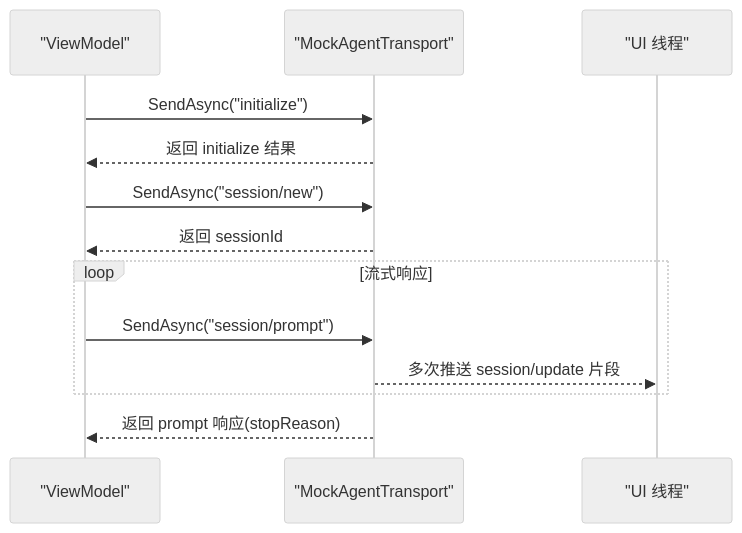
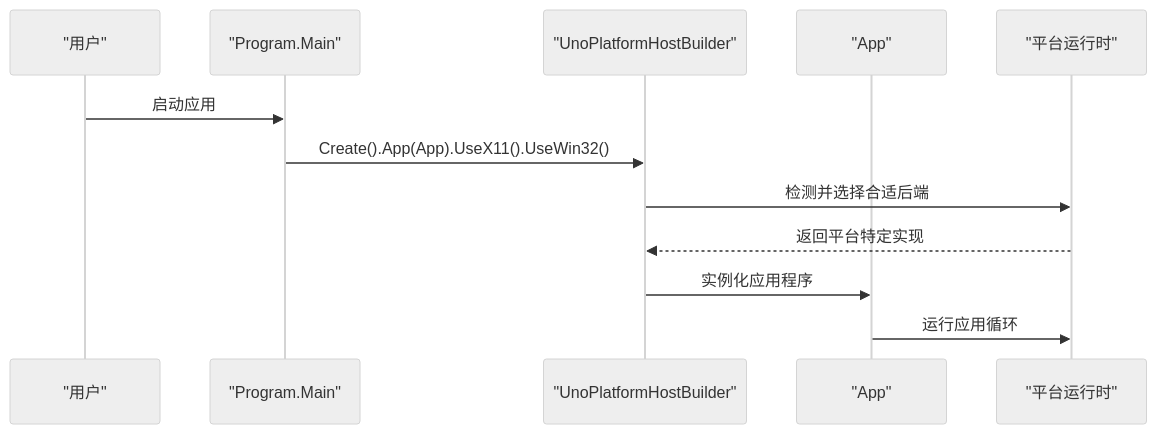
The fourth of 5 diagrams in .qoder/repowiki/zh/content/开发指南/环境搭建.md (AgenticDesktop/App), drawn with Mermaid (neutral theme) before and after one commit. The commit also changed other lines of this file and 108 other files, not shown here.

First line of the commit message:
Add support for Uno Desktop and WinUI 3 build scripts

````diff
--- a/.qoder/repowiki/zh/content/开发指南/环境搭建.md
+++ b/.qoder/repowiki/zh/content/开发指南/环境搭建.md
@@ -203,15 +247,14 @@
 ```mermaid
 sequenceDiagram
-participant VM as "ViewModel"
-participant Transport as "MockAgentTransport"
-participant UI as "UI 线程"
-VM->>Transport : SendAsync("initialize")
-Transport-->>VM : 返回 initialize 结果
-VM->>Transport : SendAsync("session/new")
-Transport-->>VM : 返回 sessionId
-loop 流式响应
-VM->>Transport : SendAsync("session/prompt")
-Transport-->>UI : 多次推送 session/update 片段
-end
-Transport-->>VM : 返回 prompt 响应(stopReason)
+participant User as "用户"
+participant Program as "Program.Main"
+participant Host as "UnoPlatformHostBuilder"
+participant App as "App"
+participant Runtime as "平台运行时"
+User->>Program : 启动应用
+Program->>Host : Create().App(App).UseX11().UseWin32()
+Host->>Runtime : 检测并选择合适后端
+Runtime-->>Host : 返回平台特定实现
+Host->>App : 实例化应用程序
+App->>Runtime : 运行应用循环
 ```
````
